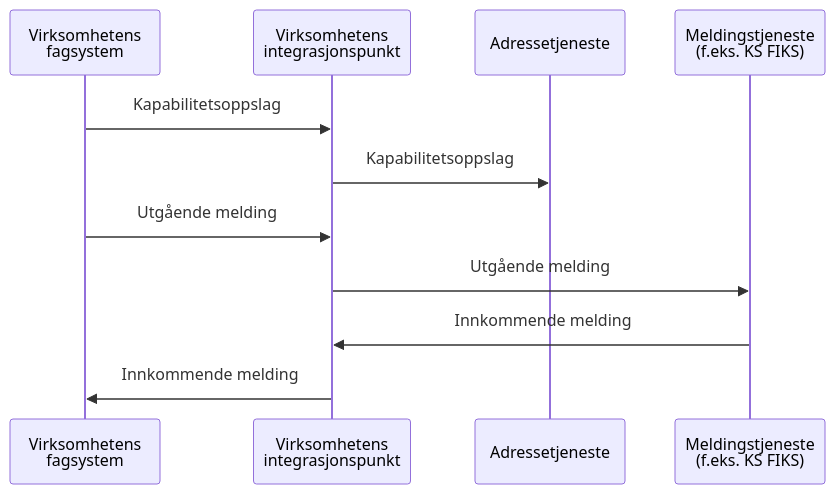
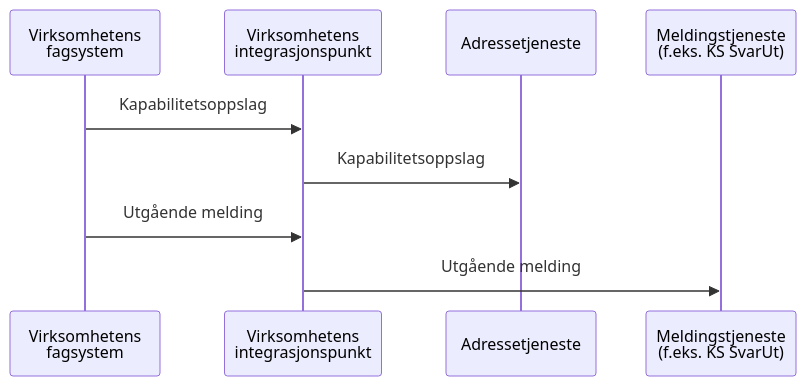
Before and after one commit to felleslosninger/docs: the first of 2 diagrams in _docs/eFormidling/Introduksjon/eformidling_introduksjon.md, drawn with Mermaid. The commit also changed other lines of this file and 63 other files, not shown here.

```diff
--- a/_docs/eFormidling/Introduksjon/eformidling_introduksjon.md
+++ b/_docs/eFormidling/Introduksjon/eformidling_introduksjon.md
@@ -92,13 +101,11 @@
 <div class="mermaid">
 sequenceDiagram
 participant A as Virksomhetens<br>fagsystem
 participant B as Virksomhetens<br>integrasjonspunkt
 participant C as Adressetjeneste
-participant D as Meldingstjeneste<br>(f.eks. KS FIKS)
+participant D as Meldingstjeneste<br>(f.eks. KS SvarUt)
 A->>B: Kapabilitetsoppslag
 B->>C: Kapabilitetsoppslag
 A->>B: Utgående melding
 B->>D: Utgående melding
-D->>B: Innkommende melding
-B->>A: Innkommende melding
 </div>
```
